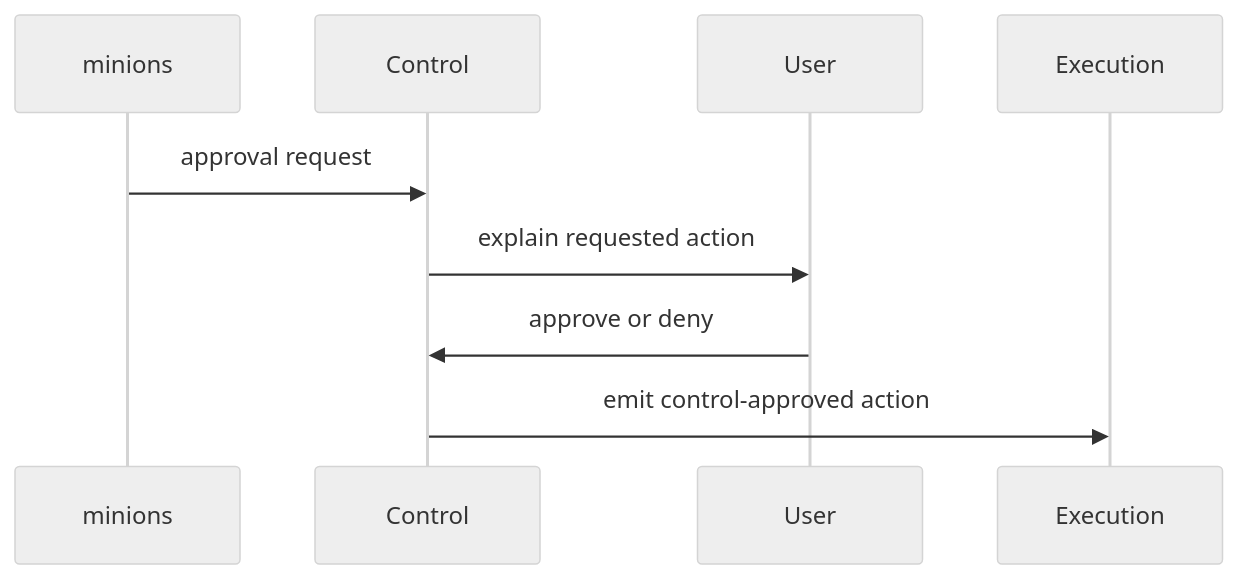
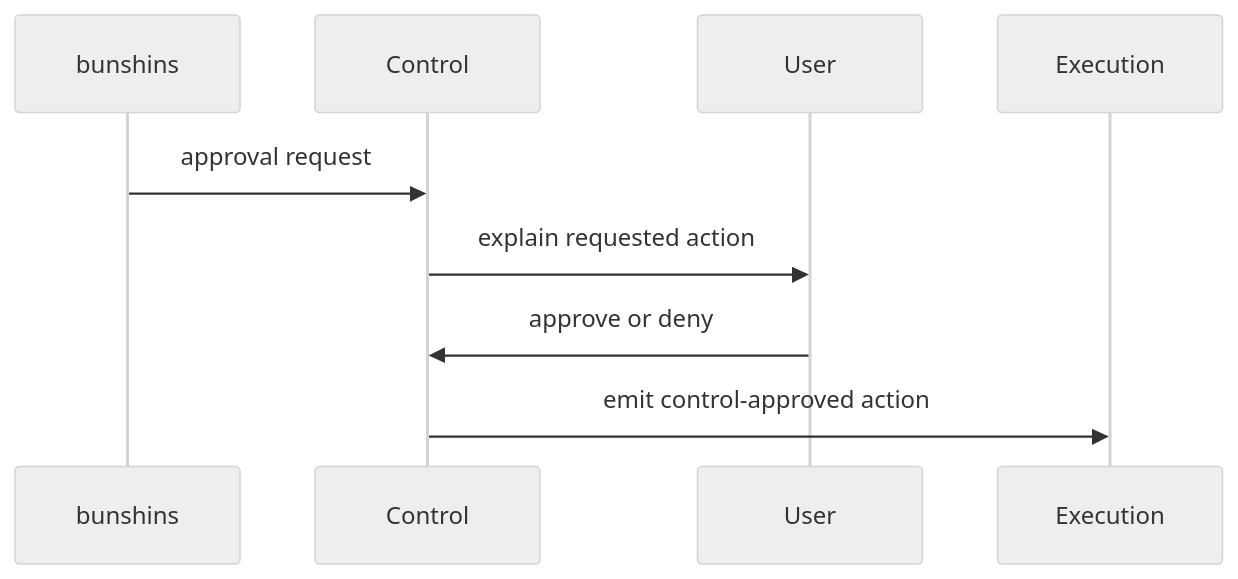
One commit to OtakuNathan/Pal changed the second of 2 diagrams in docs/pal_control_plane.md. Above: the diagram before and after it, drawn with Mermaid (neutral theme). The commit also changed other lines of this file and 407 other files, not shown here.

````diff
--- a/docs/pal_control_plane.md
+++ b/docs/pal_control_plane.md
@@ -184,12 +184,12 @@
 ```mermaid
 sequenceDiagram
-    participant W as minions
+    participant W as bunshins
     participant C as Control
     participant U as User
     participant X as Execution
 
     W->>C: approval request
     C->>U: explain requested action
     U->>C: approve or deny
     C->>X: emit control-approved action
 ```
````
